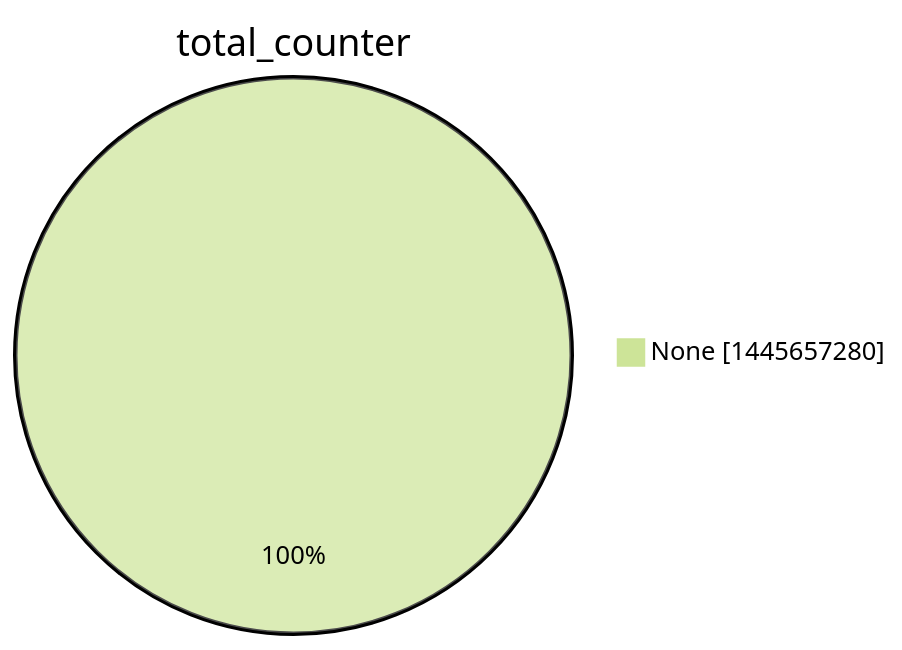
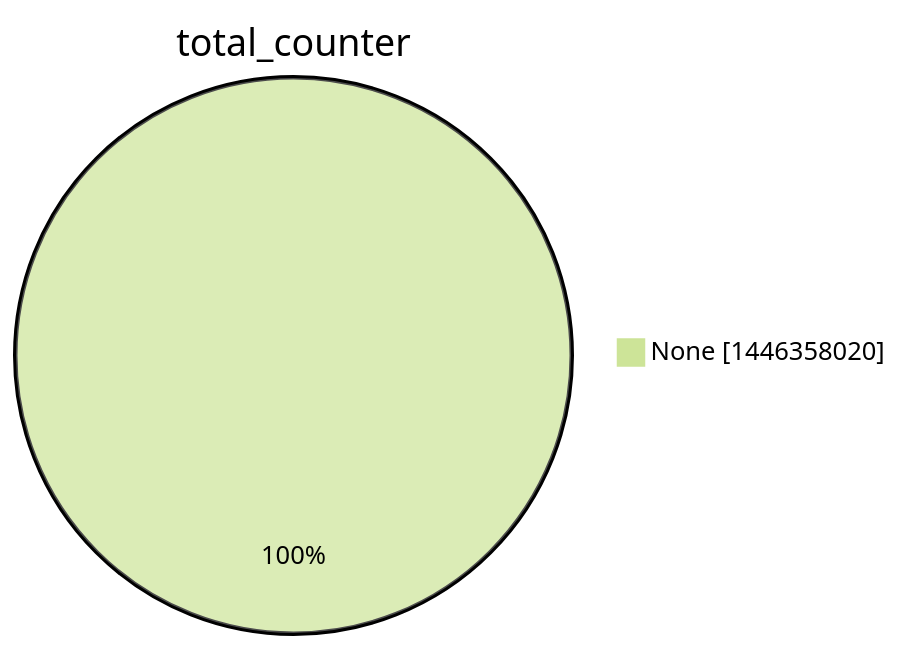
One commit to christiankrug/ctmonitor_visualization changed the second of 15 diagrams in argon2022/README.md. Above: the diagram before and after it, drawn with Mermaid (forest theme). The commit also changed other lines of this file, not shown here.

````diff
--- a/argon2022/README.md
+++ b/argon2022/README.md
@@ -9,5 +9,5 @@
 ```mermaid
 pie showData
 title total_counter
-"None" :1445657280
+"None" :1446358020
 ```
````
